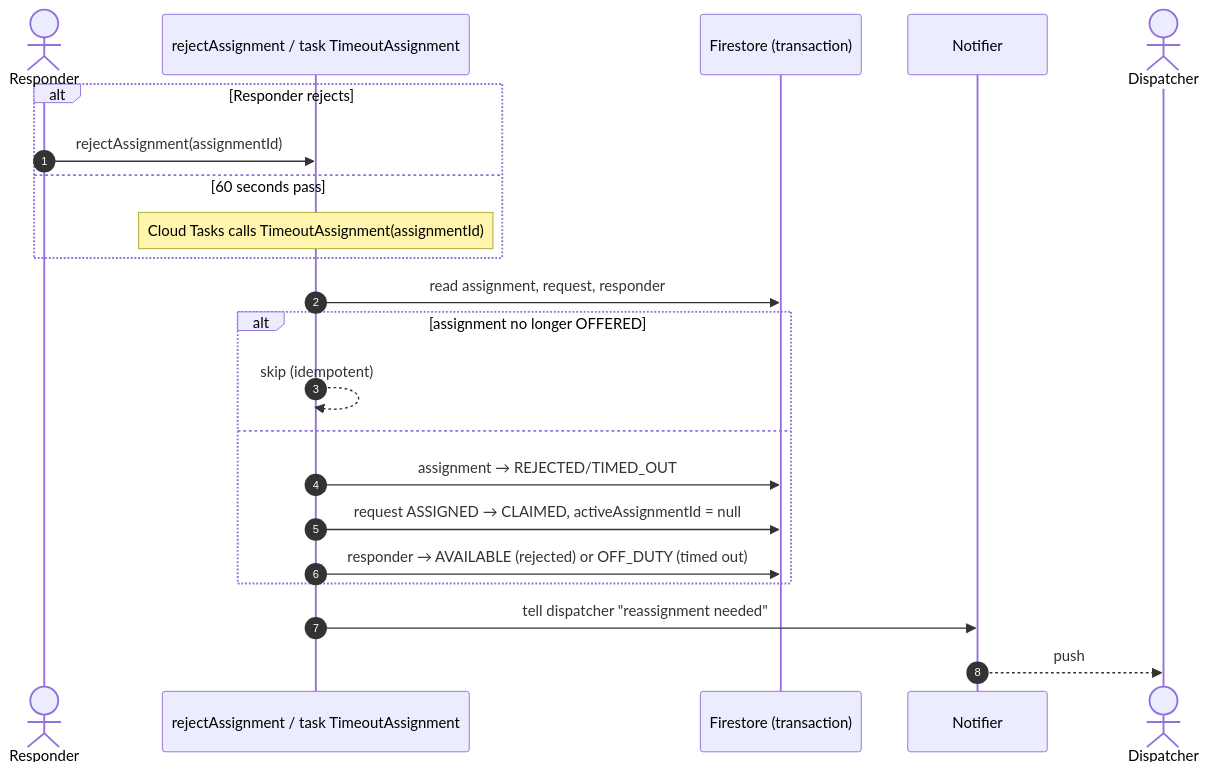
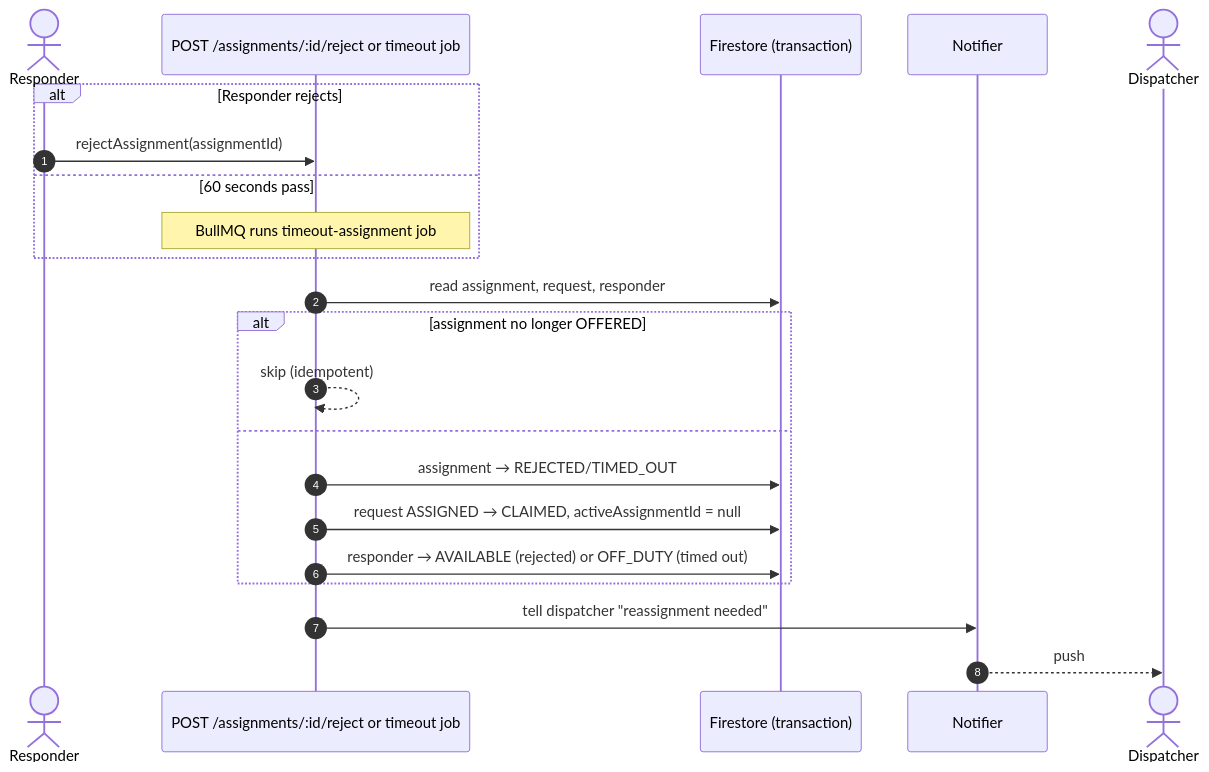
Before and after one commit to dunguyen-311201/graduation-project: the third of 4 diagrams in docs/03-design/lld.md, drawn with Mermaid. The commit also changed other lines of this file and 14 other files, not shown here.

First line of the commit message:
docs: ADR-0013 keep Firestore; align HLD/LLD/roadmap with NestJS API

````diff
--- a/docs/03-design/lld.md
+++ b/docs/03-design/lld.md
@@ -207,25 +219,25 @@
 ```mermaid
 sequenceDiagram
   autonumber
   actor S as Responder
-  participant Fn as rejectAssignment / task TimeoutAssignment
+  participant Fn as POST /assignments/:id/reject or timeout job
   participant DB as Firestore (transaction)
   participant N as Notifier
   actor D as Dispatcher
 
   alt Responder rejects
     S->>Fn: rejectAssignment(assignmentId)
   else 60 seconds pass
-    Note over Fn: Cloud Tasks calls TimeoutAssignment(assignmentId)
+    Note over Fn: BullMQ runs timeout-assignment job
   end
   Fn->>DB: read assignment, request, responder
   alt assignment no longer OFFERED
     Fn-->>Fn: skip (idempotent)
   else
     Fn->>DB: assignment → REJECTED/TIMED_OUT
     Fn->>DB: request ASSIGNED → CLAIMED, activeAssignmentId = null
     Fn->>DB: responder → AVAILABLE (rejected) or OFF_DUTY (timed out)
   end
   Fn->>N: tell dispatcher "reassignment needed"
   N-->>D: push
 ```
````
